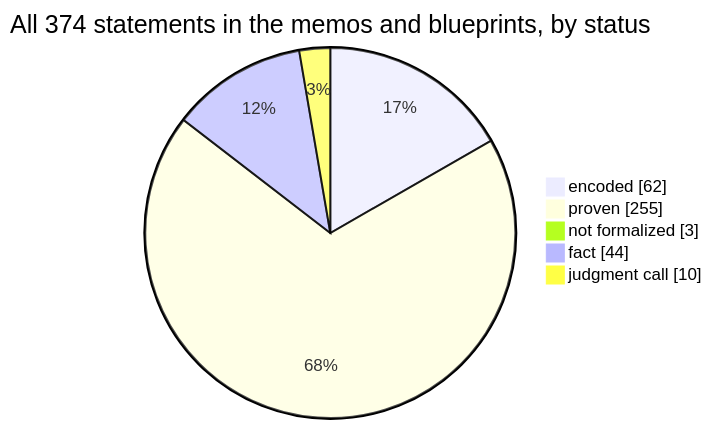
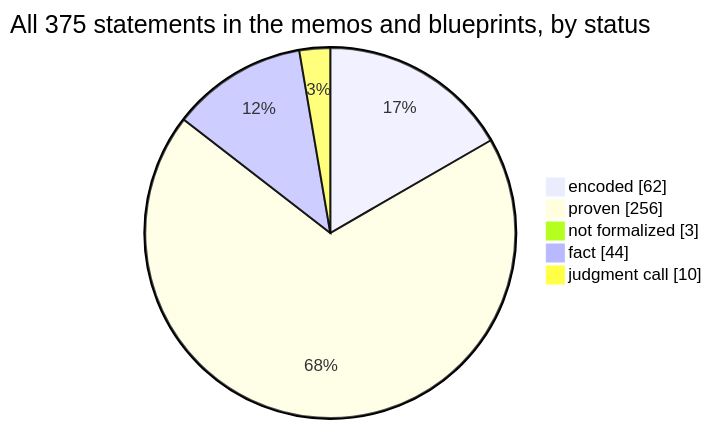
Before and after one commit to SeanWMurray/Canteen: the first of 4 diagrams in docs/graphs/dashboard.md, drawn with Mermaid. The commit also changed other lines of this file and 15 other files, not shown here.

````diff
--- a/docs/graphs/dashboard.md
+++ b/docs/graphs/dashboard.md
@@ -11,8 +11,8 @@
 ```mermaid
-pie showData title All 374 statements in the memos and blueprints, by status
+pie showData title All 375 statements in the memos and blueprints, by status
     "encoded" : 62
-    "proven" : 255
+    "proven" : 256
     "not formalized" : 3
     "fact" : 44
     "judgment call" : 10
 ```
````
